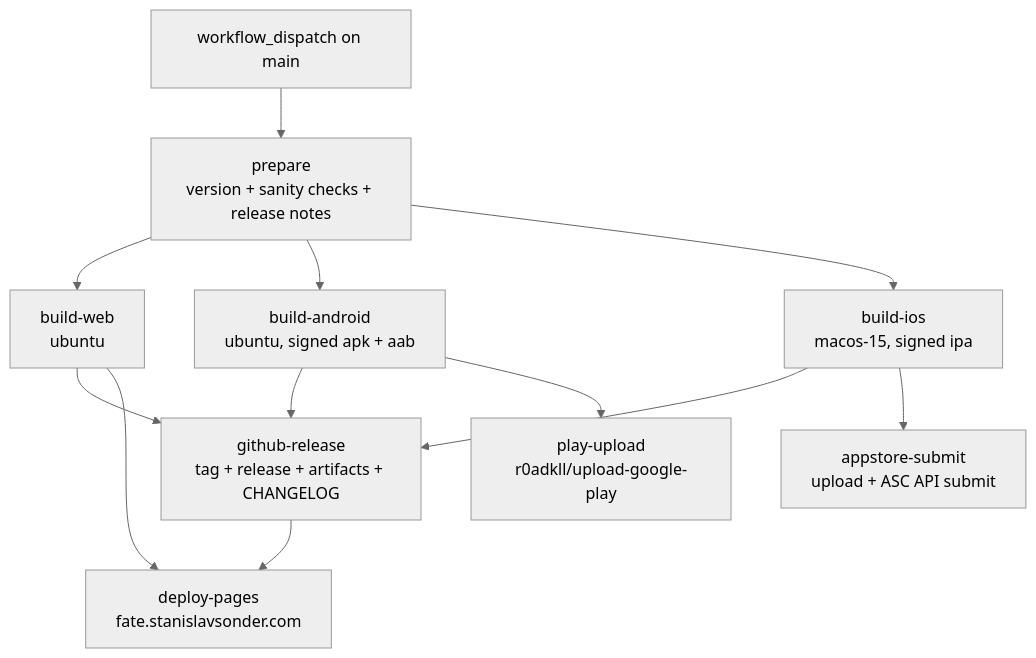
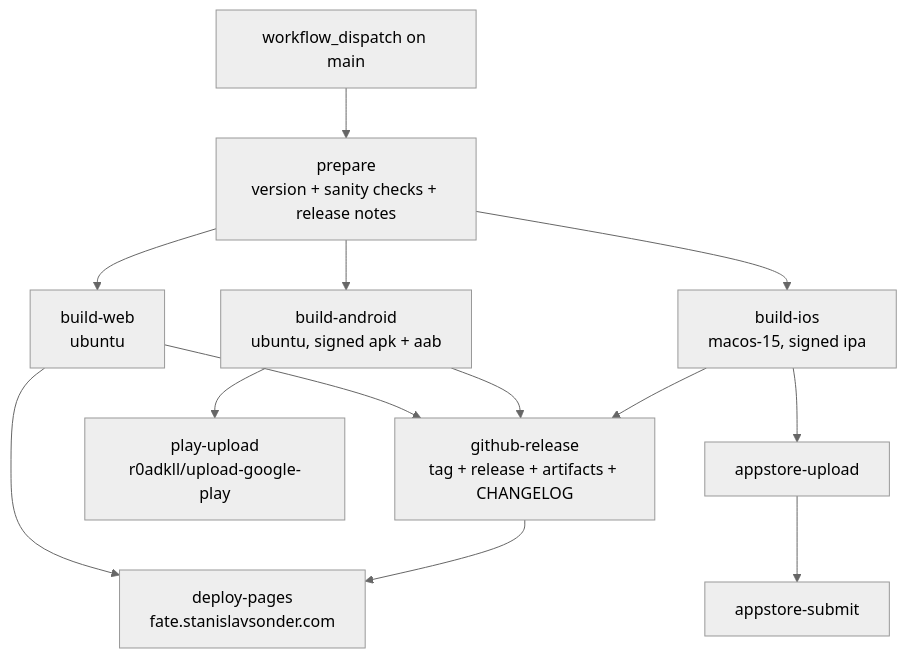
One commit to Stanislavsonder/fate-core changed the diagram in planning/deployment-pipeline/README.md. Above: the diagram before and after it, drawn with Mermaid (neutral theme). The commit also changed other lines of this file and 5 other files, not shown here.

````diff
--- a/planning/deployment-pipeline/README.md
+++ b/planning/deployment-pipeline/README.md
@@ -22,14 +22,15 @@
 ```mermaid
 flowchart TD
     A[workflow_dispatch on main] --> P[prepare<br/>version + sanity checks + release notes]
     P --> W[build-web<br/>ubuntu]
     P --> AND[build-android<br/>ubuntu, signed apk + aab]
     P --> IOS[build-ios<br/>macos-15, signed ipa]
     W --> R[github-release<br/>tag + release + artifacts + CHANGELOG]
     AND --> R
     IOS --> R
     AND --> PLAY[play-upload<br/>r0adkll/upload-google-play]
-    IOS --> ASC[appstore-submit<br/>upload + ASC API submit]
+    IOS --> UPLOAD[appstore-upload]
+    UPLOAD --> ASC[appstore-submit]
     W --> PAGES[deploy-pages<br/>fate.stanislavsonder.com]
     R --> PAGES
 ```
````
